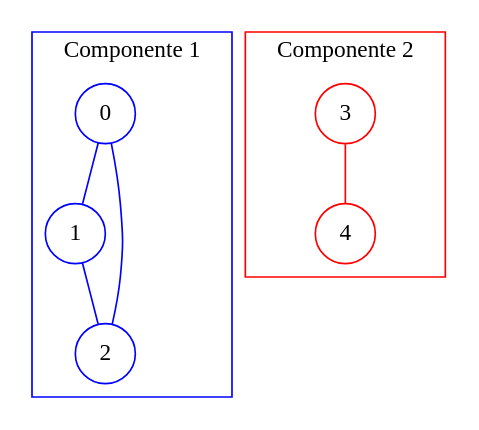
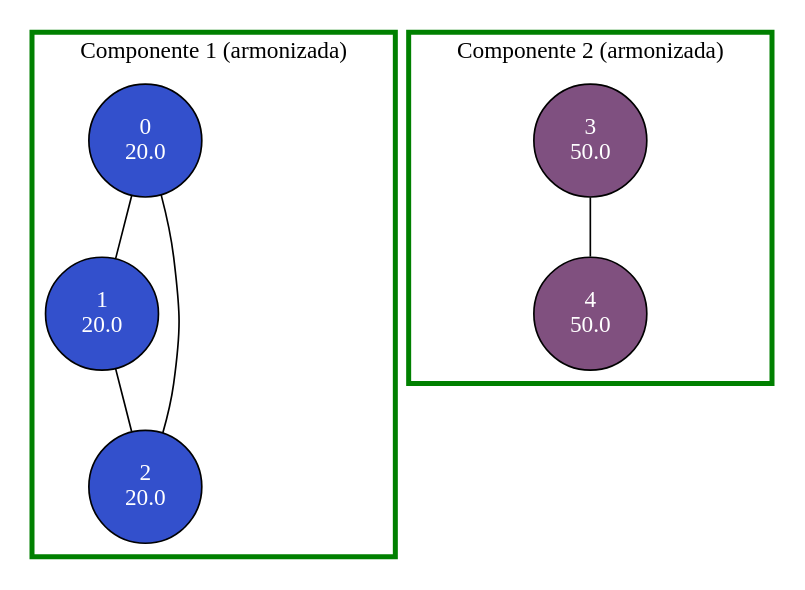
One commit to Rodrigo-code10/Analizador-de-Grafos changed the diagram in output/grafo.dot. Above: the diagram before and after it, drawn with Graphviz. The commit also changed 1 other file, not shown here.

```diff
--- a/output/grafo.dot
+++ b/output/grafo.dot
@@ -1,24 +1,22 @@
 graph G {
-  node [shape=circle];
+  node [shape=circle, style=filled, fontcolor=white];
   subgraph cluster_0 {
-    label="Componente 1";
-    color=blue;
-    node [color=blue];
-    edge [color=blue];
-    0;
-    1;
-    2;
+    label="Componente 1 (armonizada)";
+    color=green;
+    penwidth=3;
+    0 [fillcolor="#3350cc", label="0\n20.0"];
+    1 [fillcolor="#3350cc", label="1\n20.0"];
+    2 [fillcolor="#3350cc", label="2\n20.0"];
     0 -- 1;
     0 -- 2;
     1 -- 2;
   }
   subgraph cluster_1 {
-    label="Componente 2";
-    color=red;
-    node [color=red];
-    edge [color=red];
-    3;
-    4;
+    label="Componente 2 (armonizada)";
+    color=green;
+    penwidth=3;
+    3 [fillcolor="#7f5080", label="3\n50.0"];
+    4 [fillcolor="#80507f", label="4\n50.0"];
     3 -- 4;
   }
 }
```
